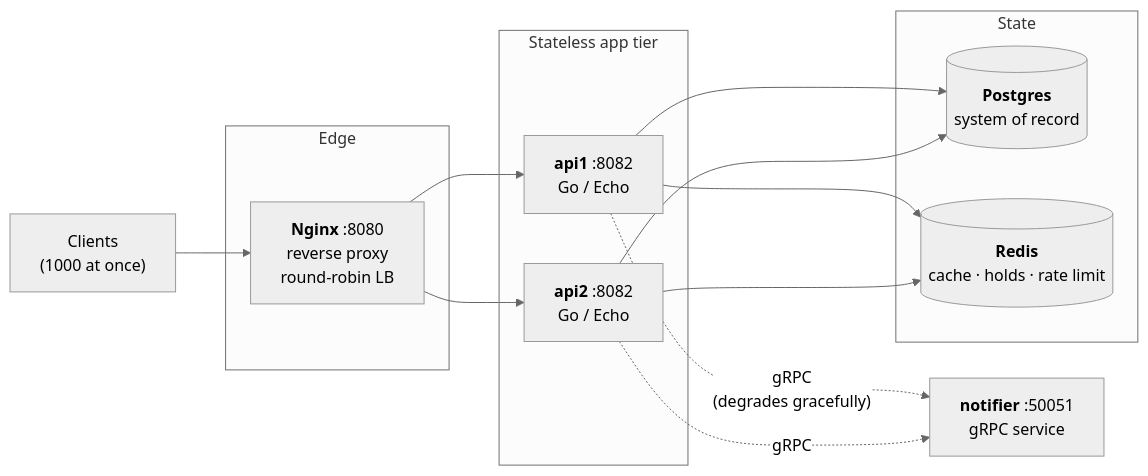
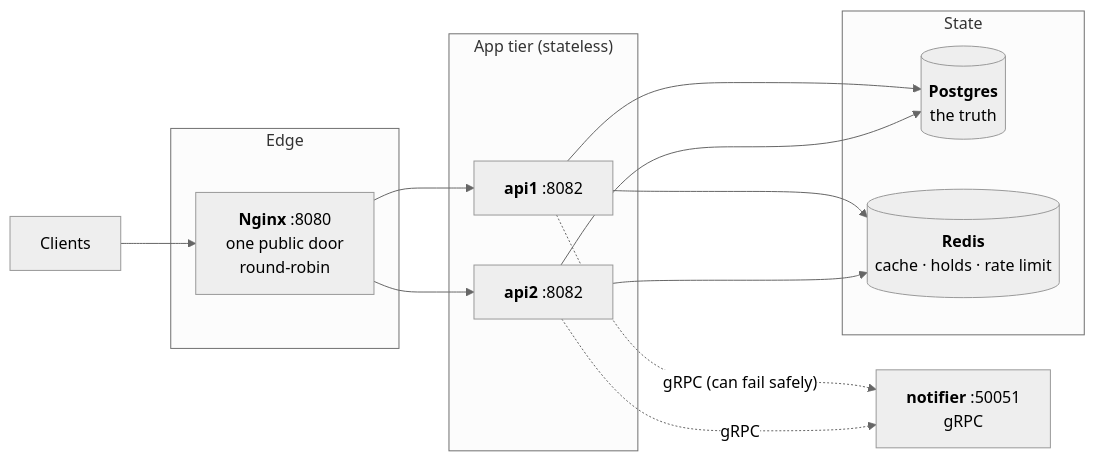
Before and after one commit to aditya6114/eventreg: the first of 6 diagrams in README.md, drawn with Mermaid (neutral theme). The commit also changed other lines of this file and 5 other files, not shown here.

````diff
--- a/README.md
+++ b/README.md
@@ -60,30 +72,30 @@
 ```mermaid
 flowchart LR
-    C["Clients<br/>(1000 at once)"]
+    C["Clients"]
 
     subgraph edge["Edge"]
-      N["<b>Nginx</b> :8080<br/>reverse proxy<br/>round-robin LB"]
+      N["<b>Nginx</b> :8080<br/>one public door<br/>round-robin"]
     end
 
-    subgraph app["Stateless app tier"]
-      A1["<b>api1</b> :8082<br/>Go / Echo"]
-      A2["<b>api2</b> :8082<br/>Go / Echo"]
+    subgraph app["App tier (stateless)"]
+      A1["<b>api1</b> :8082"]
+      A2["<b>api2</b> :8082"]
     end
 
     subgraph data["State"]
-      P[("<b>Postgres</b><br/>system of record")]
+      P[("<b>Postgres</b><br/>the truth")]
       R[("<b>Redis</b><br/>cache · holds · rate limit")]
     end
 
-    NT["<b>notifier</b> :50051<br/>gRPC service"]
+    NT["<b>notifier</b> :50051<br/>gRPC"]
 
     C --> N
     N --> A1
     N --> A2
     A1 --> P
     A2 --> P
     A1 --> R
     A2 --> R
-    A1 -. "gRPC<br/>(degrades gracefully)" .-> NT
+    A1 -. "gRPC (can fail safely)" .-> NT
     A2 -. gRPC .-> NT
 ```
````
